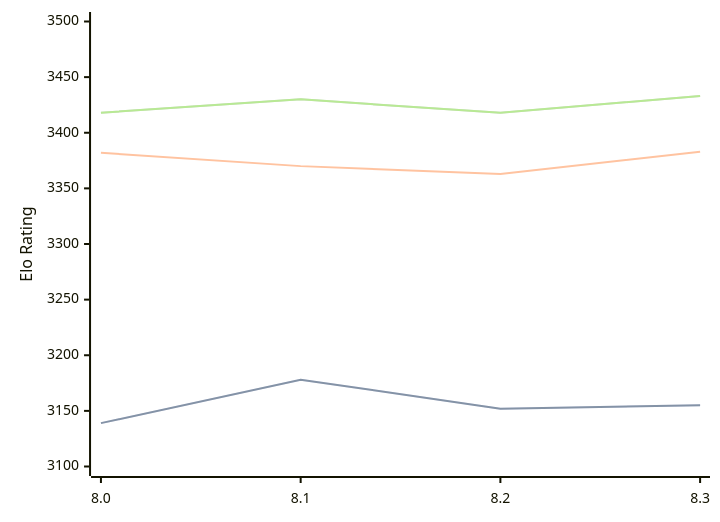
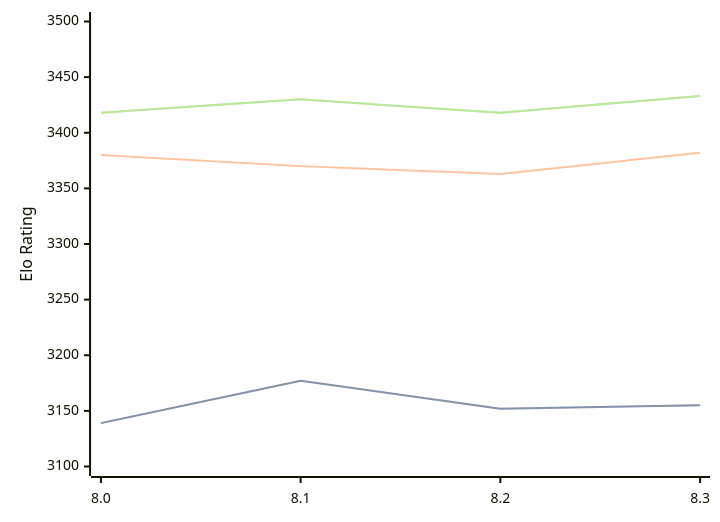
One commit to computer-chess-index/cci changed the diagram in engines/Alexander.md. Above: the diagram before and after it, drawn with Mermaid. The commit also changed other lines of this file, not shown here.

````diff
--- a/engines/Alexander.md
+++ b/engines/Alexander.md
@@ -34,11 +34,11 @@
 ```mermaid
 %%{init: {"theme":"base","themeVariables":{"seriesColors:['#a3a3a3','#222221','#faa371']}}}%%
 xychart-beta
   x-axis ["8.0", "8.1", "8.2", "8.3"]
   y-axis "Elo Rating" 3100 --> 3500
-  line "" [3139, 3178, 3152, 3155]
-  line "STC (8.0+0.08s)" [3139, 3178, 3152, 3155]
-  line "LTC (60.0+0.60s)" [3382, 3370, 3363, 3383]
+  line "" [3139, 3177, 3152, 3155]
+  line "STC (8.0+0.08s)" [3139, 3177, 3152, 3155]
+  line "LTC (60.0+0.60s)" [3380, 3370, 3363, 3382]
   line "" [3418, 3430, 3418, 3433]
   line "VLTC (2m24s+1.12s)" [3418, 3430, 3418, 3433]
 ```
````
